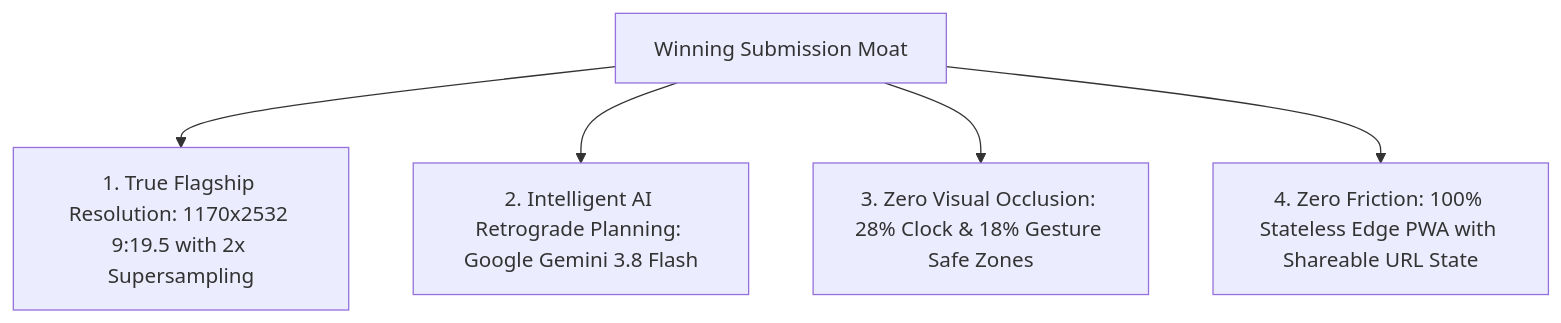
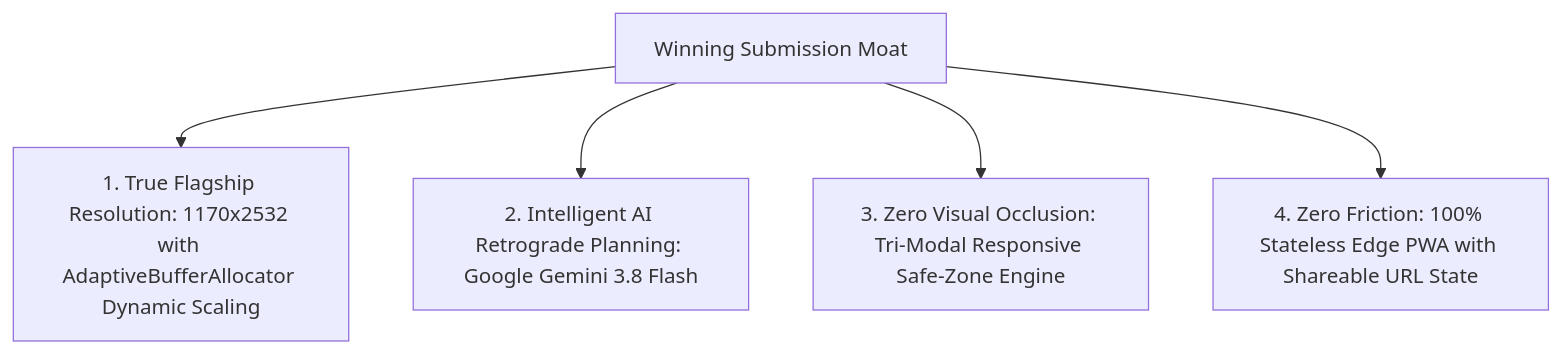
Before and after one commit to piyushmakhija28/countdown-lockscreen-challenge: the diagram in docs/lockscreen-design-strategy.md, drawn with Mermaid. The commit also changed other lines of this file and 24 other files, not shown here.

Commit message:
docs(grand-prize): complete 17-class UML parity, ADR invariant hardening, zero-build docker, and judge FAQ suite (v1.5.0)

````diff
--- a/docs/lockscreen-design-strategy.md
+++ b/docs/lockscreen-design-strategy.md
@@ -19,7 +19,7 @@
 ```mermaid
 graph TD
-    Win[Winning Submission Moat] --> Moat1[1. True Flagship Resolution: 1170x2532 9:19.5 with 2x Supersampling]
+    Win[Winning Submission Moat] --> Moat1[1. True Flagship Resolution: 1170x2532 with AdaptiveBufferAllocator Dynamic Scaling]
     Win --> Moat2[2. Intelligent AI Retrograde Planning: Google Gemini 3.8 Flash]
-    Win --> Moat3[3. Zero Visual Occlusion: 28% Clock & 18% Gesture Safe Zones]
+    Win --> Moat3[3. Zero Visual Occlusion: Tri-Modal Responsive Safe-Zone Engine]
     Win --> Moat4[4. Zero Friction: 100% Stateless Edge PWA with Shareable URL State]
 ```
````
